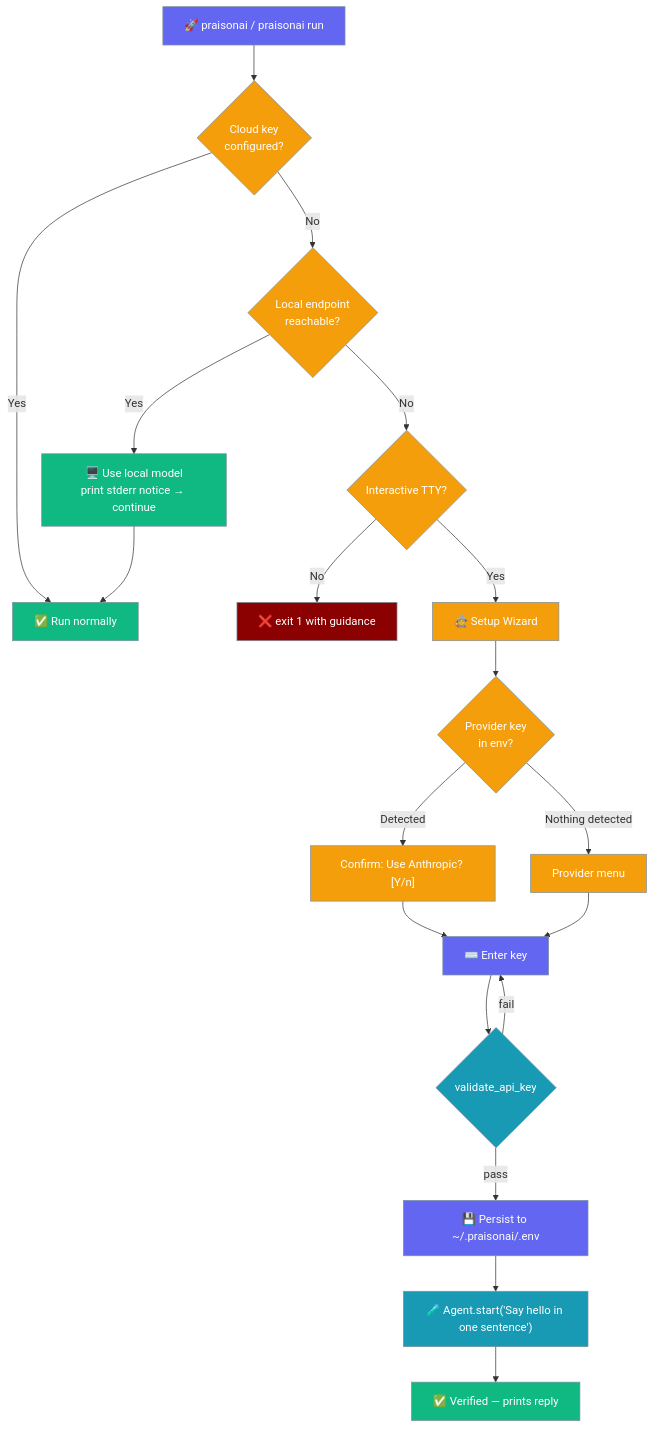
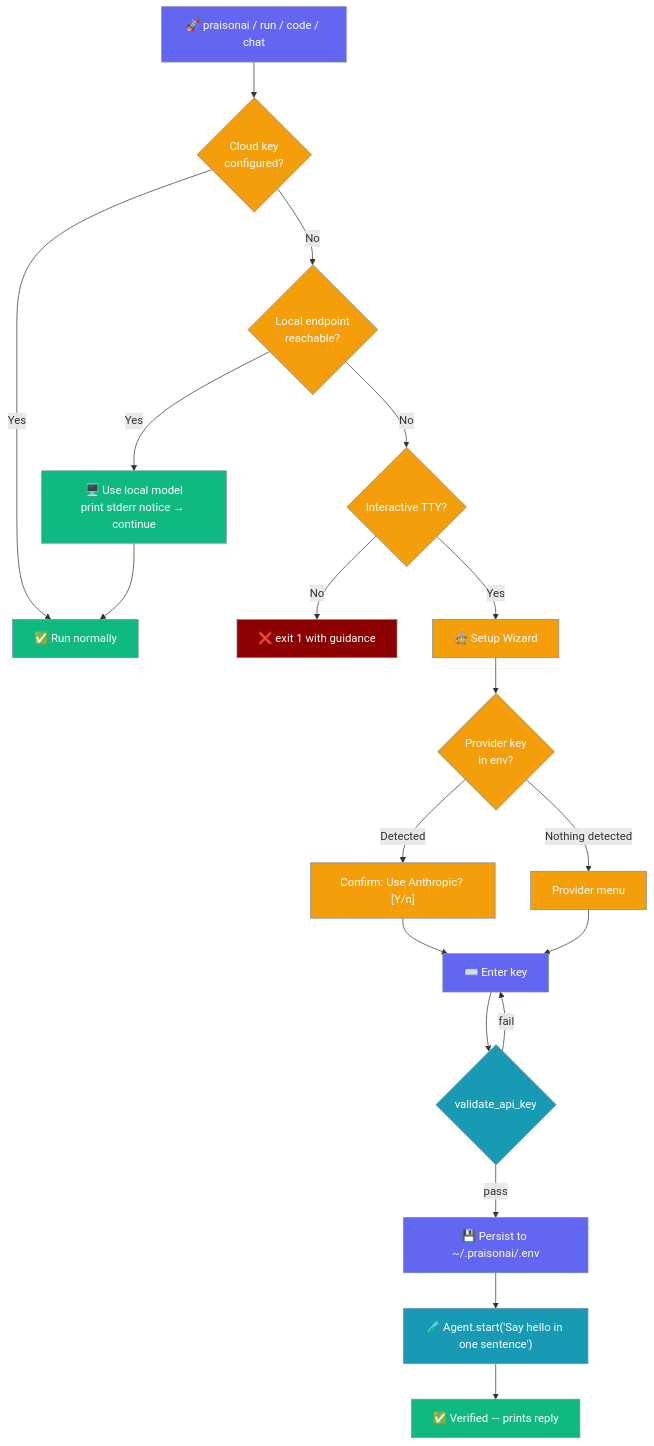
One commit to MervinPraison/PraisonAIDocs changed the third of 4 diagrams in docs/features/first-run-onboarding.mdx. Above: the diagram before and after it, drawn with Mermaid. The commit also changed other lines of this file and 5 other files, not shown here.

Commit message:
docs: extend first-run onboarding to praisonai code & chat (fixes #3015)

````diff
--- a/docs/features/first-run-onboarding.mdx
+++ b/docs/features/first-run-onboarding.mdx
@@ -60,39 +62,39 @@
 ```mermaid
 graph TB
-    A[🚀 praisonai / praisonai run] --> B{Cloud key<br/>configured?}
+    A[🚀 praisonai / run / code / chat] --> B{Cloud key<br/>configured?}
     B -->|Yes| C[✅ Run normally]
     B -->|No| LOCAL{Local endpoint<br/>reachable?}
     LOCAL -->|Yes| LN[🖥️ Use local model<br/>print stderr notice → continue]
     LN --> C
     LOCAL -->|No| TTY{Interactive TTY?}
     TTY -->|No| EXIT[❌ exit 1 with guidance]
     TTY -->|Yes| D[🧙 Setup Wizard]
     D --> AD{Provider key<br/>in env?}
     AD -->|Detected| CF["Confirm: Use Anthropic? [Y/n]"]
     AD -->|Nothing detected| MENU[Provider menu]
     CF --> K[⌨️ Enter key]
     MENU --> K
     K --> V{validate_api_key}
     V -->|fail| K
     V -->|pass| P[💾 Persist to ~/.praisonai/.env]
     P --> S["🧪 Agent.start('Say hello in one sentence')"]
     S --> DONE[✅ Verified — prints reply]
 
     classDef start fill:#6366F1,stroke:#7C90A0,color:#fff
     classDef check fill:#F59E0B,stroke:#7C90A0,color:#fff
     classDef success fill:#10B981,stroke:#7C90A0,color:#fff
     classDef validate fill:#189AB4,stroke:#7C90A0,color:#fff
     classDef fail fill:#8B0000,stroke:#7C90A0,color:#fff
     classDef wizard fill:#F59E0B,stroke:#7C90A0,color:#fff
     classDef input fill:#6366F1,stroke:#7C90A0,color:#fff
     classDef local fill:#189AB4,stroke:#7C90A0,color:#fff
 
     class A start
     class B,AD,LOCAL,TTY check
     class C,DONE,LN success
     class D,CF,MENU wizard
     class K,P input
     class V validate
     class S validate
     class EXIT fail
 ```
````
